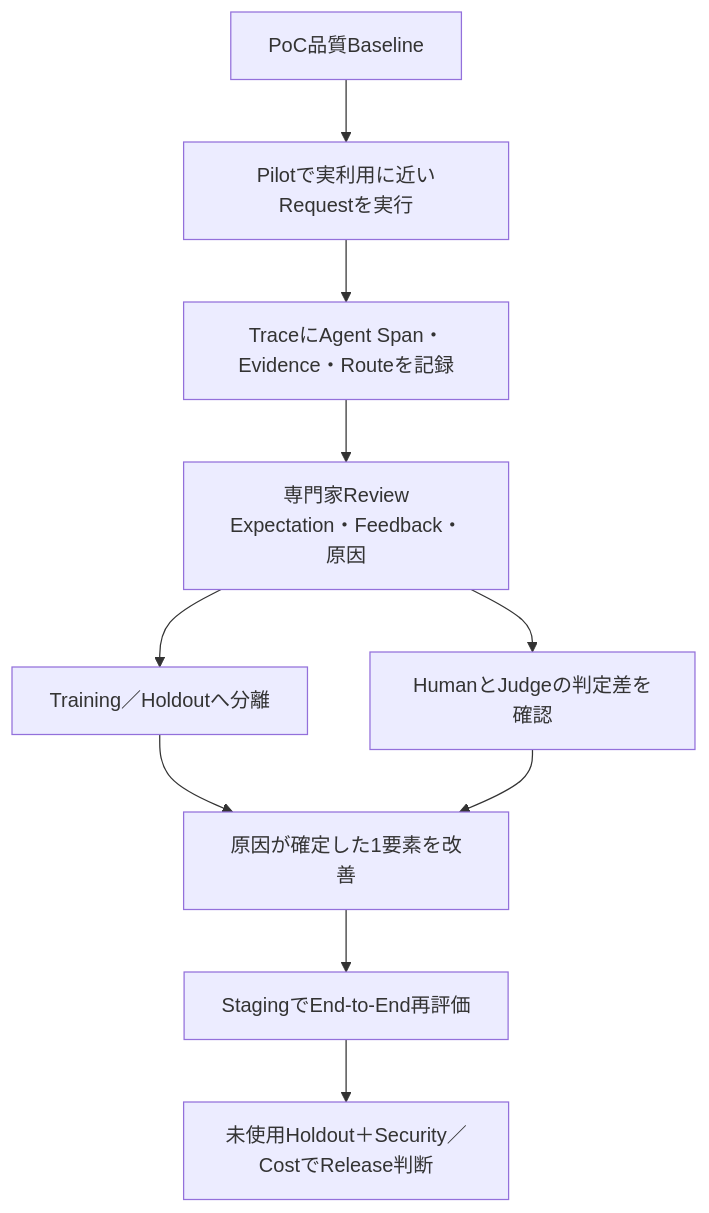
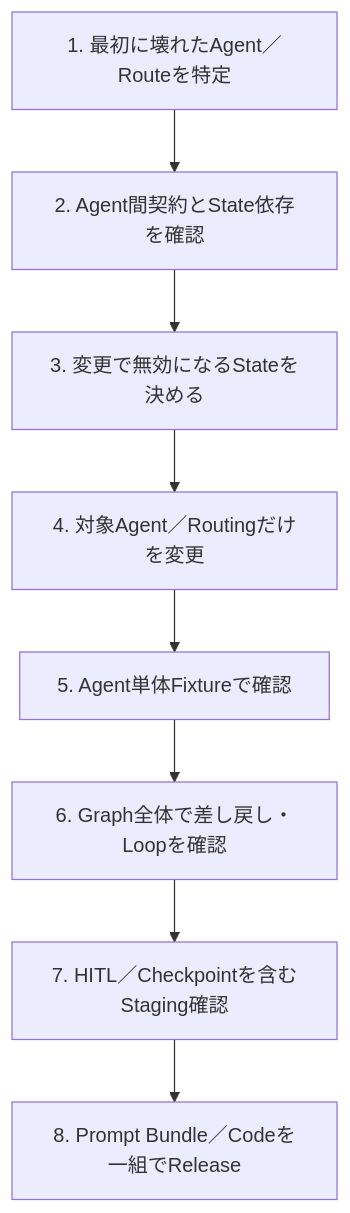
Before and after one commit to junTaniguchi/llm_ops: the fifth of 17 diagrams in 技術レポート作成マルチエージェント_完成版.md, drawn with Mermaid. The commit also changed other lines of this file and 1 other file, not shown here.

````diff
--- a/技術レポート作成マルチエージェント_完成版.md
+++ b/技術レポート作成マルチエージェント_完成版.md
@@ -306,12 +297,10 @@
 ```mermaid
 flowchart TD
-    B["PoC品質Baseline"] --> P["Pilotで実利用に近いRequestを実行"]
-    P --> T["TraceにAgent Span・Evidence・Routeを記録"]
-    T --> H["専門家Review<br/>Expectation・Feedback・原因"]
-    H --> S["Training／Holdoutへ分離"]
-    H --> J["HumanとJudgeの判定差を確認"]
-    S --> I["原因が確定した1要素を改善"]
-    J --> I
-    I --> ST["StagingでEnd-to-End再評価"]
-    ST --> G["未使用Holdout＋Security／CostでRelease判断"]
+    C["1. 最初に壊れたAgent／Routeを特定"] --> K["2. Agent間契約とState依存を確認"]
+    K --> I["3. 変更で無効になるStateを決める"]
+    I --> U["4. 対象Agent／Routingだけを変更"]
+    U --> A["5. Agent単体Fixtureで確認"]
+    A --> G["6. Graph全体で差し戻し・Loopを確認"]
+    G --> H["7. HITL／Checkpointを含むStaging確認"]
+    H --> B["8. Prompt Bundle／Codeを一組でRelease"]
 ```
````
